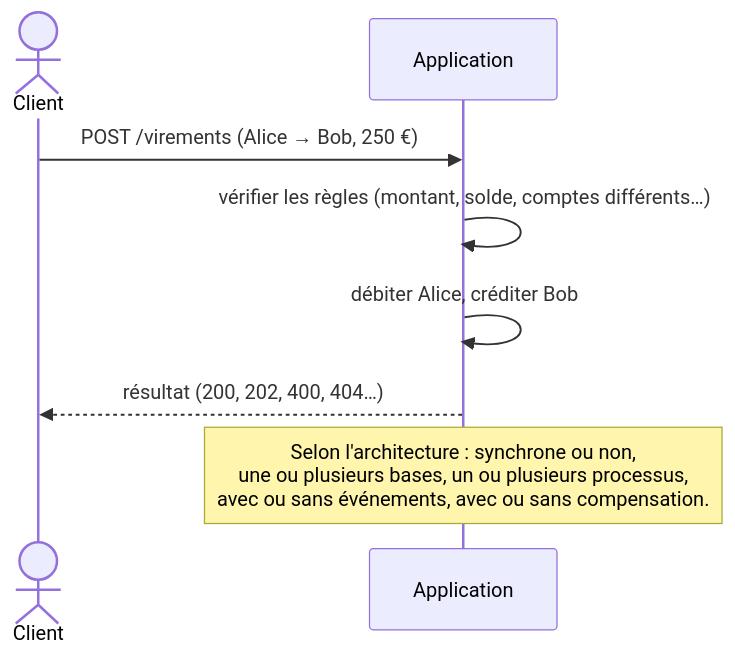
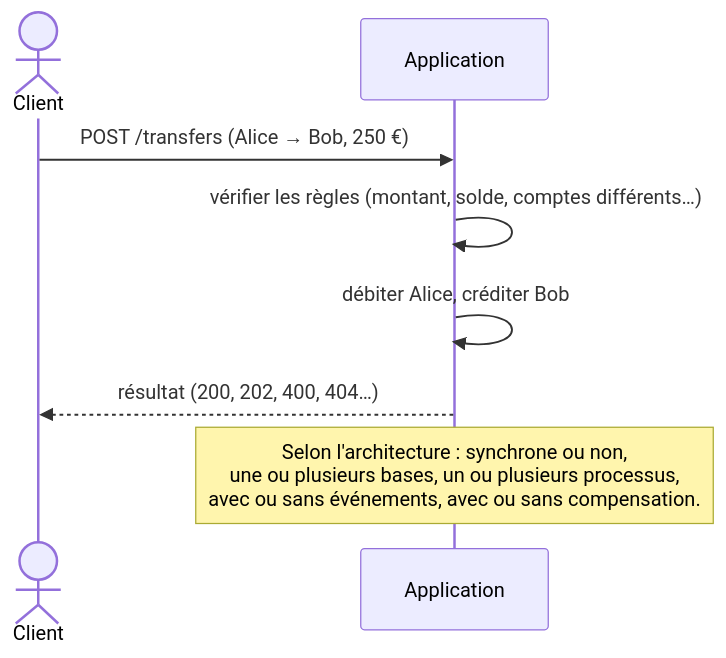
One commit to drangoht/ArchitecturesDemo changed the fourth of 4 diagrams in Docs/README.md. Above: the diagram before and after it, drawn with Mermaid. The commit also changed other lines of this file and 70 other files, not shown here.

Commit message:
Docs FR : identifiants, liens, diagrammes et sorties alignés sur le code anglais

````diff
--- a/Docs/README.md
+++ b/Docs/README.md
@@ -237,10 +237,10 @@
 ```mermaid
 sequenceDiagram
     actor Client
     participant Systeme as Application
-    Client->>Systeme: POST /virements (Alice → Bob, 250 €)
+    Client->>Systeme: POST /transfers (Alice → Bob, 250 €)
     Systeme->>Systeme: vérifier les règles (montant, solde, comptes différents…)
     Systeme->>Systeme: débiter Alice, créditer Bob
     Systeme-->>Client: résultat (200, 202, 400, 404…)
     Note over Systeme: Selon l'architecture : synchrone ou non,<br/>une ou plusieurs bases, un ou plusieurs processus,<br/>avec ou sans événements, avec ou sans compensation.
 ```
````
